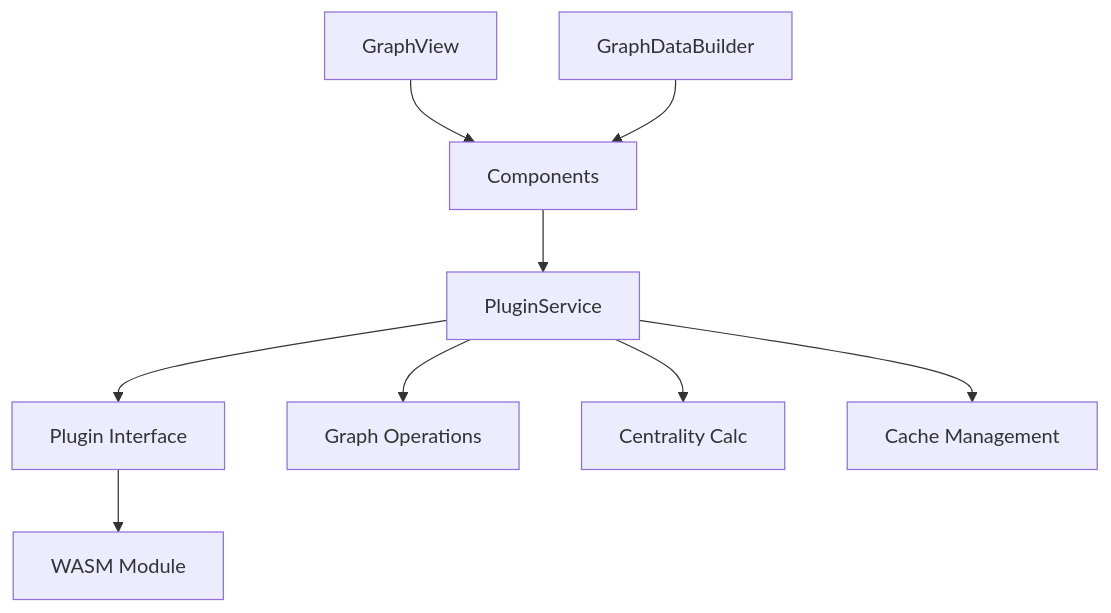
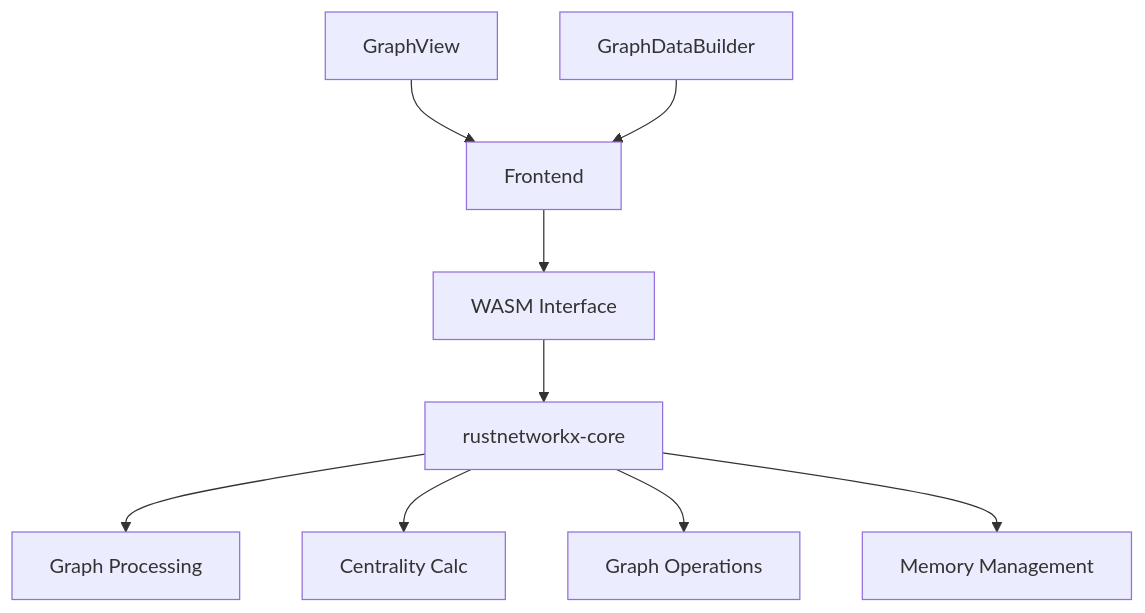
The first of 2 diagrams in memory-bank/systemPatterns.md (luolanaaTUD/obsidian-graph-analysis), drawn with Mermaid before and after one commit. The commit also changed other lines of this file and 7 other files, not shown here.

First line of the commit message:
refactor: streamline UI with integrated graph view and remove command palette entries

````diff
--- a/memory-bank/systemPatterns.md
+++ b/memory-bank/systemPatterns.md
@@ -20,13 +20,13 @@
 ```mermaid
 graph TD
-    A[Components] --> B[PluginService]
-    B --> C[Plugin Interface]
-    C --> D[WASM Module]
+    A[Frontend] --> B[WASM Interface]
+    B --> C[rustnetworkx-core]
+    C --> D[Graph Processing]
     
     E[GraphView] --> A
     F[GraphDataBuilder] --> A
     
-    B --> G[Graph Operations]
-    B --> H[Centrality Calc]
-    B --> I[Cache Management]
+    C --> G[Centrality Calc]
+    C --> H[Graph Operations]
+    C --> I[Memory Management]
 ```
````
